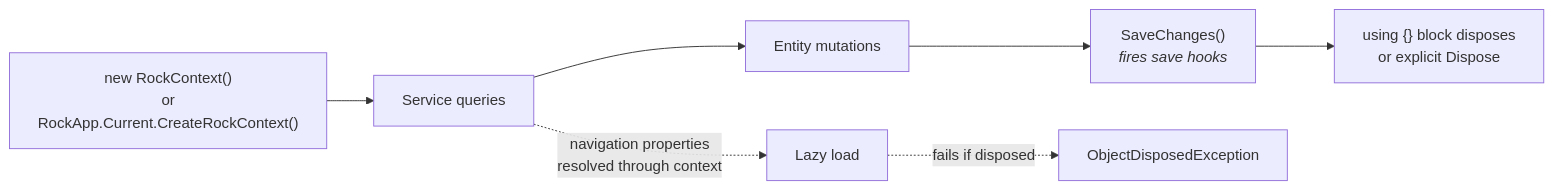
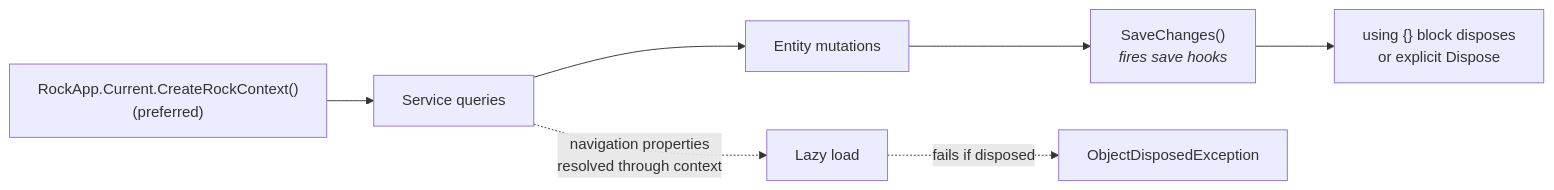
One commit to SparkDevNetwork/Rock changed the diagram in docs/core/rock-context-lifecycle.md. Above: the diagram before and after it, drawn with Mermaid. The commit also changed other lines of this file and 1581 other files, not shown here.

Commit message:
- Converted usages of new RockContext() to the new RockApp.Current.CreateRockContext() pattern.

````diff
--- a/docs/core/rock-context-lifecycle.md
+++ b/docs/core/rock-context-lifecycle.md
@@ -31,9 +31,9 @@
 ```mermaid
 flowchart LR
-    Open["new RockContext()<br/>or<br/>RockApp.Current.CreateRockContext()"] --> Read[Service queries]
+    Open["RockApp.Current.CreateRockContext()<br/>(preferred)"] --> Read[Service queries]
     Read --> Mutate[Entity mutations]
     Mutate --> Save["SaveChanges()<br/><i>fires save hooks</i>"]
     Save --> Dispose["using {} block disposes<br/>or explicit Dispose"]
     Read -.->|navigation properties<br/>resolved through context| Lazy[Lazy load]
     Lazy -.->|fails if disposed| Disposed[ObjectDisposedException]
 ```
````
